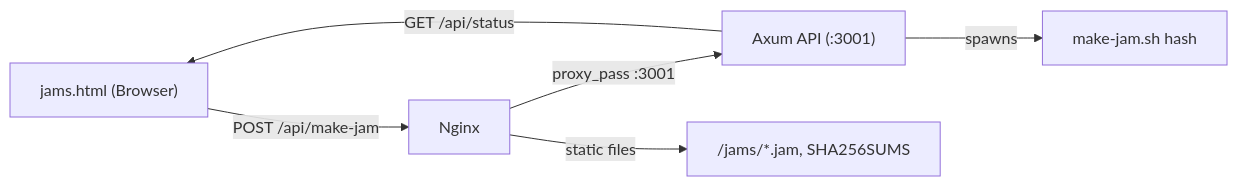
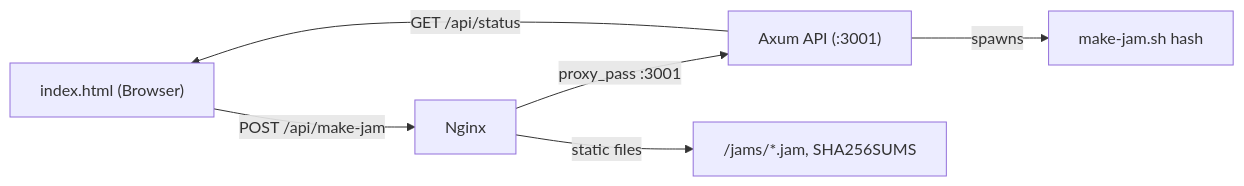
Before and after one commit to nocktoshi/nockchain-jammer: the diagram in README.md, drawn with Mermaid. The commit also changed other lines of this file and 3 other files, not shown here.

````diff
--- a/README.md
+++ b/README.md
@@ -24,8 +24,8 @@
 ```mermaid
 flowchart LR
-    Browser["jams.html (Browser)"] -->|"POST /api/make-jam"| Nginx
+    Browser["index.html (Browser)"] -->|"POST /api/make-jam"| Nginx
     Nginx -->|"proxy_pass :3001"| Axum["Axum API (:3001)"]
     Axum -->|"spawns"| Script["make-jam.sh hash"]
     Axum -->|"GET /api/status"| Browser
     Nginx -->|"static files"| StaticFiles["/jams/*.jam, SHA256SUMS"]
 ```
````
